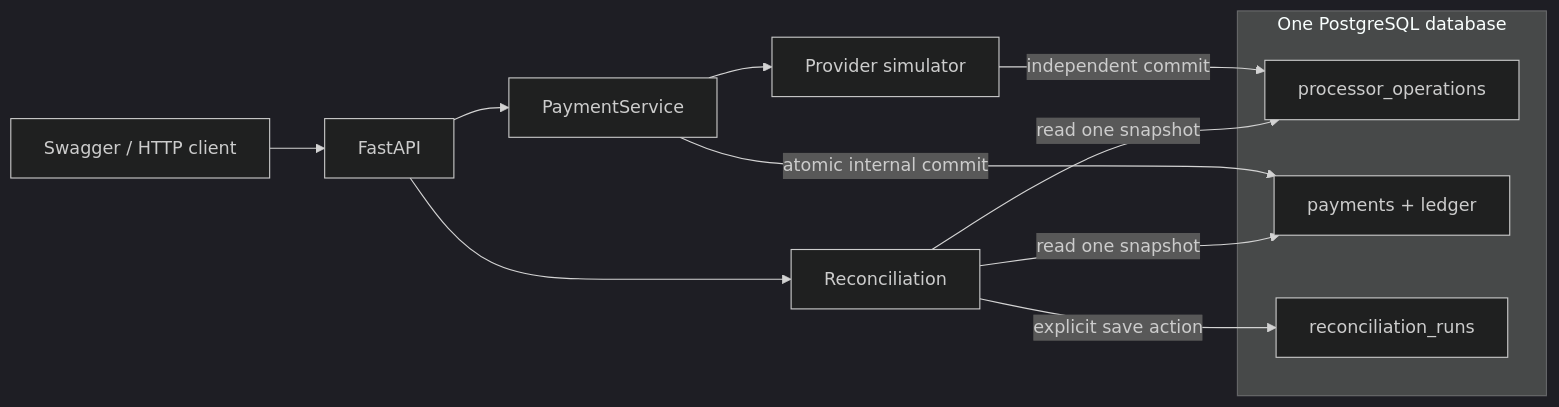
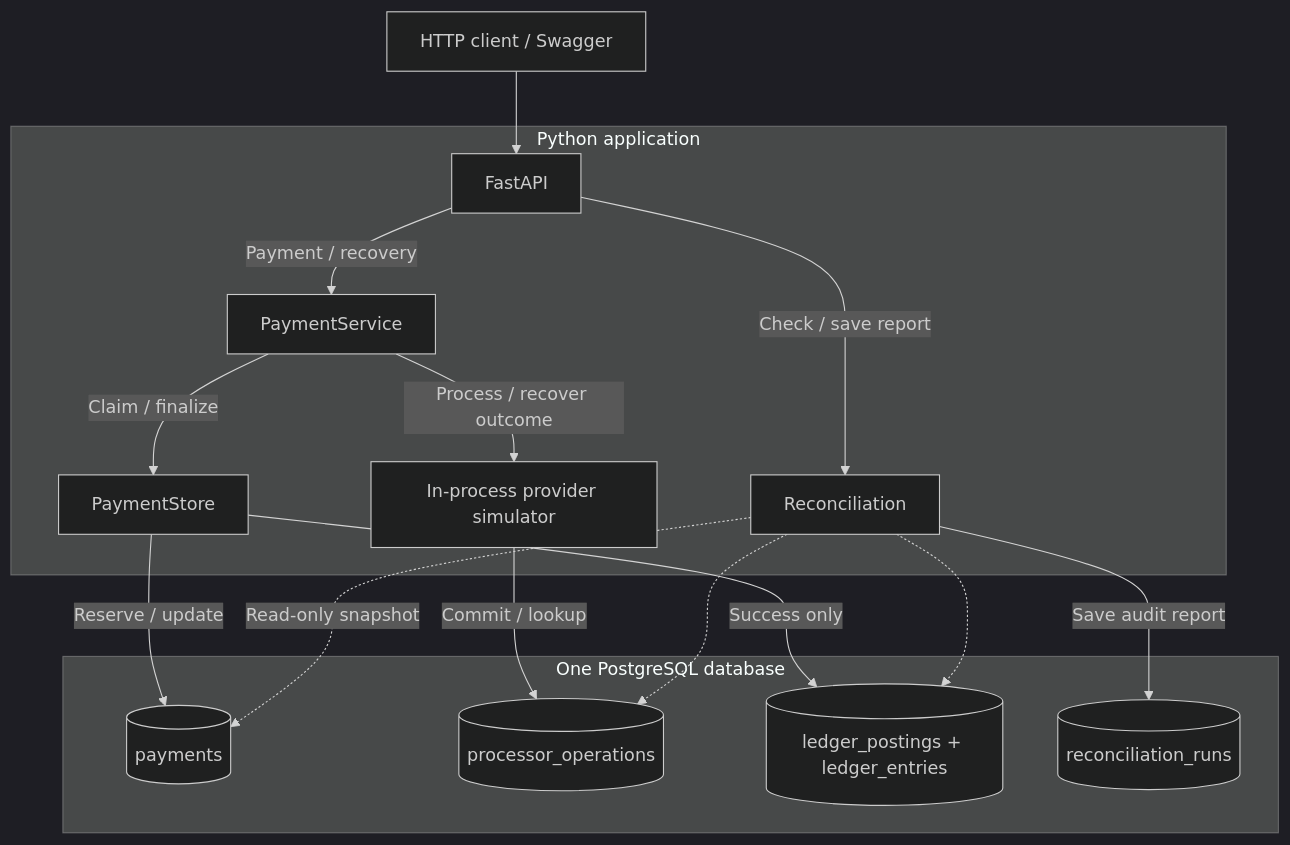
Before and after one commit to maryroseeee/payment-reliability-simulator: the diagram in README.md, drawn with Mermaid (dark theme). The commit also changed other lines of this file, not shown here.

Commit message:
Revise architecture diagram and add transaction boundaries

````diff
--- a/README.md
+++ b/README.md
@@ -46,17 +47,33 @@
 ```mermaid
-flowchart LR
-    C["Swagger / HTTP client"] --> API["FastAPI"]
-    API --> P["PaymentService"]
-    P --> S["Provider simulator"]
-    S -->|independent commit| PR["processor_operations"]
-    P -->|atomic internal commit| PL["payments + ledger"]
-    API --> R["Reconciliation"]
-    R -->|read one snapshot| PR
-    R -->|read one snapshot| PL
-    R -->|explicit save action| H["reconciliation_runs"]
-    subgraph PG["One PostgreSQL database"]
-        PR
-        PL
-        H
+flowchart TB
+    C["HTTP client / Swagger"] --> API
+
+    subgraph APP["Python application"]
+        API["FastAPI"]
+        PS["PaymentService"]
+        ST["PaymentStore"]
+        SIM["In-process provider simulator"]
+        REC["Reconciliation"]
+
+        API -->|Payment / recovery| PS
+        API -->|Check / save report| REC
+        PS -->|Claim / finalize| ST
+        PS -->|Process / recover outcome| SIM
     end
-```
+
+    subgraph DB["One PostgreSQL database"]
+        PAY[("payments")]
+        OPS[("processor_operations")]
+        LED[("ledger_postings + ledger_entries")]
+        RUN[("reconciliation_runs")]
+    end
+
+    ST -->|Reserve / update| PAY
+    ST -->|Success only| LED
+    SIM -->|Commit / lookup| OPS
+
+    REC -.->|Read-only snapshot| PAY
+    REC -.-> OPS
+    REC -.-> LED
+    REC -->|Save audit report| RUN
+``` 
````
